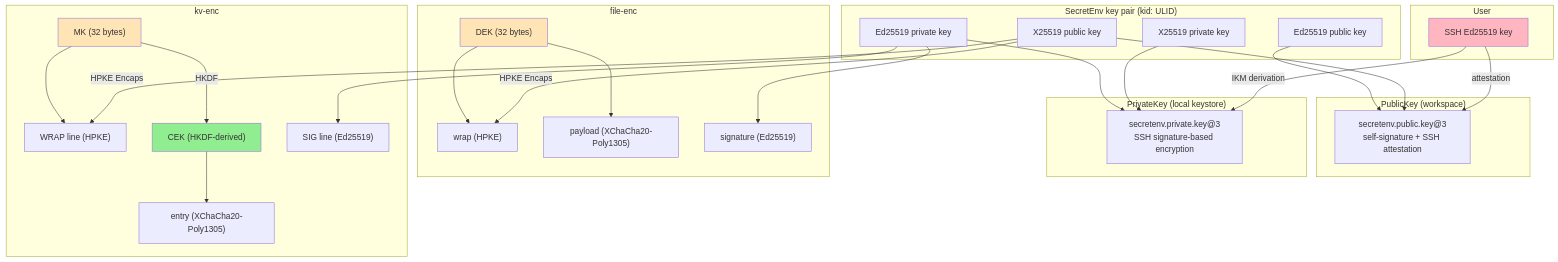
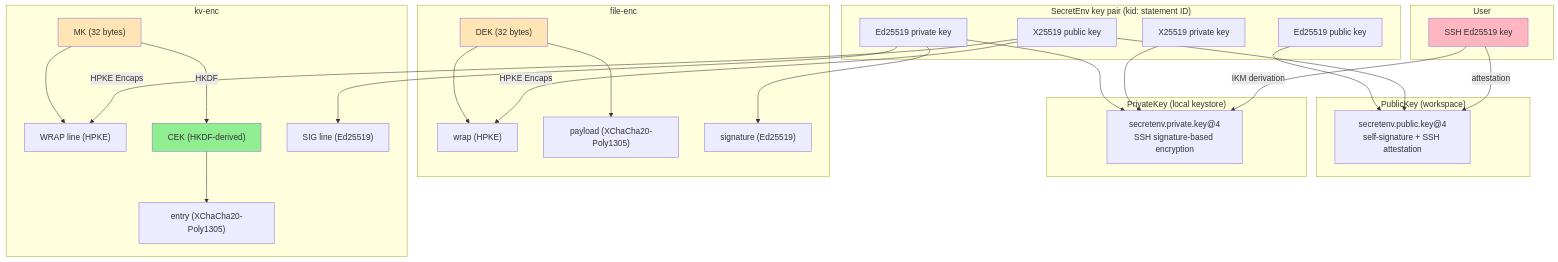
One commit to ebisawa/secretenv changed the sixth of 6 diagrams in guides/security_design_v3_en.md. Above: the diagram before and after it, drawn with Mermaid. The commit also changed other lines of this file and 116 other files, not shown here.

First line of the commit message:
feat: replace ULID-based kid with content-derived key statement ID

````diff
--- a/guides/security_design_v3_en.md
+++ b/guides/security_design_v3_en.md
@@ -1266,59 +1272,59 @@
 ```mermaid
 graph TB
     subgraph user["User"]
         SSH["SSH Ed25519 key"]
     end
 
-    subgraph secretenv_keys["SecretEnv key pair (kid: ULID)"]
+    subgraph secretenv_keys["SecretEnv key pair (kid: statement ID)"]
         KEM_PK["X25519 public key"]
         KEM_SK["X25519 private key"]
         SIG_PK["Ed25519 public key"]
         SIG_SK["Ed25519 private key"]
     end
 
     subgraph public_key["PublicKey (workspace)"]
-        PK_DOC["secretenv.public.key@3<br/>self-signature + SSH attestation"]
+        PK_DOC["secretenv.public.key@4<br/>self-signature + SSH attestation"]
     end
 
     subgraph private_key["PrivateKey (local keystore)"]
-        PK_ENC["secretenv.private.key@3<br/>SSH signature-based encryption"]
+        PK_ENC["secretenv.private.key@4<br/>SSH signature-based encryption"]
     end
 
     subgraph file_enc["file-enc"]
         DEK["DEK (32 bytes)"]
         FILE_WRAP["wrap (HPKE)"]
         FILE_PAYLOAD["payload (XChaCha20-Poly1305)"]
         FILE_SIG["signature (Ed25519)"]
     end
 
     subgraph kv_enc["kv-enc"]
         MK["MK (32 bytes)"]
         KV_WRAP["WRAP line (HPKE)"]
         CEK["CEK (HKDF-derived)"]
         ENTRY["entry (XChaCha20-Poly1305)"]
         KV_SIG["SIG line (Ed25519)"]
     end
 
     SSH -->|attestation| PK_DOC
     SSH -->|IKM derivation| PK_ENC
     KEM_PK --> PK_DOC
     SIG_PK --> PK_DOC
     KEM_SK --> PK_ENC
     SIG_SK --> PK_ENC
 
     KEM_PK -->|HPKE Encaps| FILE_WRAP
     KEM_PK -->|HPKE Encaps| KV_WRAP
     DEK --> FILE_WRAP
     DEK --> FILE_PAYLOAD
     SIG_SK --> FILE_SIG
 
     MK --> KV_WRAP
     MK -->|HKDF| CEK
     CEK --> ENTRY
     SIG_SK --> KV_SIG
 
     style SSH fill:#FFB6C1
     style DEK fill:#FFE4B5
     style MK fill:#FFE4B5
     style CEK fill:#90EE90
 ```
````
